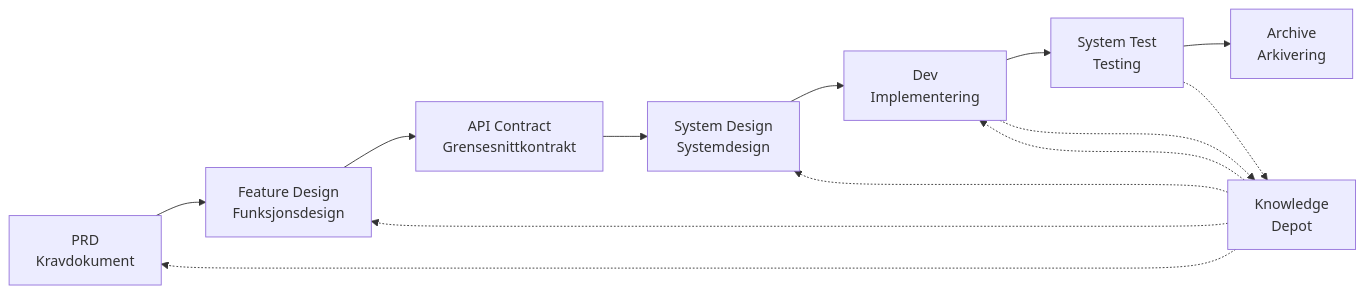
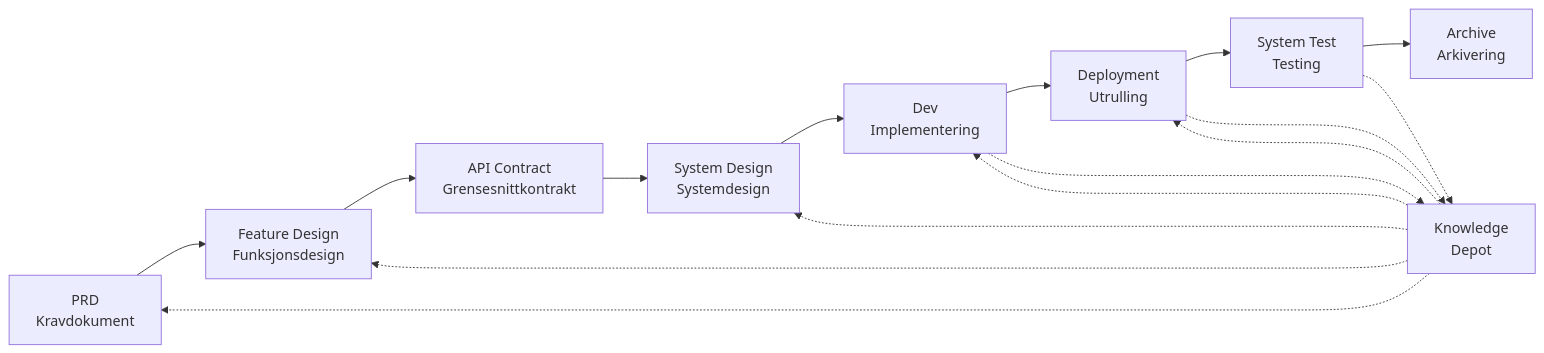
Before and after one commit to charlesmu99/speccrew: the diagram in README.no.md, drawn with Mermaid. The commit also changed other lines of this file and 35 other files, not shown here.

````diff
--- a/README.no.md
+++ b/README.no.md
@@ -166,17 +166,20 @@
 ```mermaid
 graph LR
     A[PRD<br/>Kravdokument] --> B[Feature Design<br/>Funksjonsdesign]
     B --> C[API Contract<br/>Grensesnittkontrakt]
     C --> D[System Design<br/>Systemdesign]
     D --> E[Dev<br/>Implementering]
-    E --> F[System Test<br/>Testing]
-    F --> G[Archive<br/>Arkivering]
+    E --> F[Deployment<br/>Utrulling]
+    F --> G[System Test<br/>Testing]
+    G --> H[Archive<br/>Arkivering]
     
-    H[Knowledge<br/>Depot] -.-> A
-    H -.-> B
-    H -.-> D
-    H -.-> E
+    I[Knowledge<br/>Depot] -.-> A
+    I -.-> B
+    I -.-> D
+    I -.-> E
+    I -.-> F
     
-    E -.-> H
-    F -.-> H
+    E -.-> I
+    F -.-> I
+    G -.-> I
 ```
````
